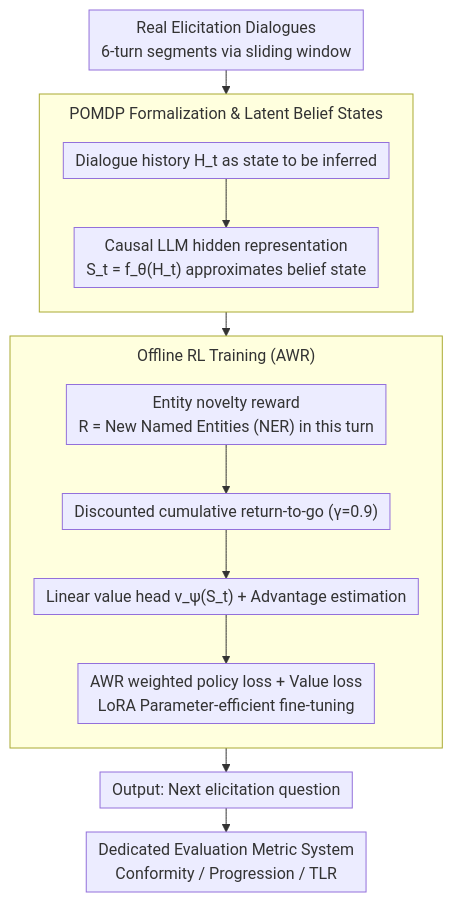
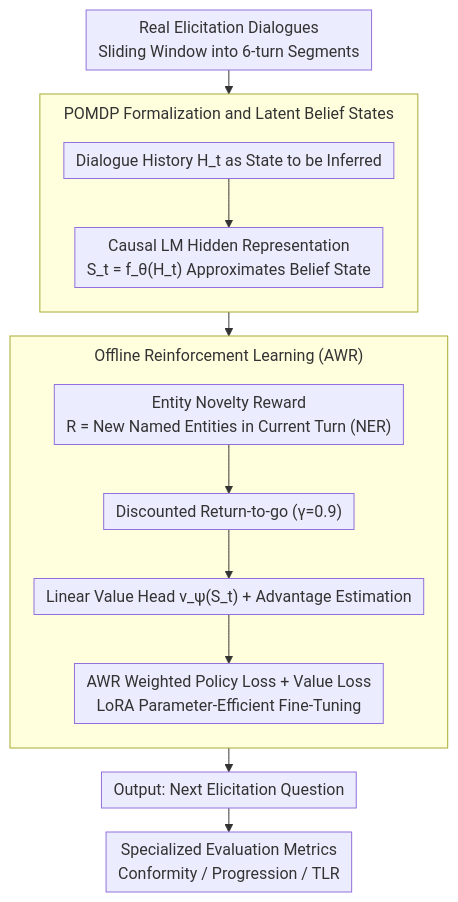
The diagram in docs/ACL2026/llm_agent/yield_a_large-scale_dataset_and_evaluation_framework_for_information_elicitation.md (zhaoyang97/Paper-Notes-en), drawn with Mermaid before and after one commit. The commit also changed other lines of this file and 5084 other files, not shown here.

````diff
--- a/docs/ACL2026/llm_agent/yield_a_large-scale_dataset_and_evaluation_framework_for_information_elicitation.md
+++ b/docs/ACL2026/llm_agent/yield_a_large-scale_dataset_and_evaluation_framework_for_information_elicitation.md
@@ -46,18 +46,18 @@
 ```mermaid
 %%{init: {'flowchart': {'rankSpacing': 24, 'nodeSpacing': 28, 'padding': 6, 'wrappingWidth': 400, 'subGraphTitleMargin': {'top': 8, 'bottom': 16}}}}%%
 flowchart TD
-    IN["Real Elicitation Dialogues<br/>6-turn segments via sliding window"] --> S1
-    subgraph S1["POMDP Formalization & Latent Belief States"]
+    IN["Real Elicitation Dialogues<br/>Sliding Window into 6-turn Segments"] --> S1
+    subgraph S1["POMDP Formalization and Latent Belief States"]
         direction TB
-        A["Dialogue history H_t as state to be inferred"] --> B["Causal LLM hidden representation<br/>S_t = f_θ(H_t) approximates belief state"]
+        A["Dialogue History H_t as State to be Inferred"] --> B["Causal LM Hidden Representation<br/>S_t = f_θ(H_t) Approximates Belief State"]
     end
-    subgraph S2["Offline RL Training (AWR)"]
+    subgraph S2["Offline Reinforcement Learning (AWR)"]
         direction TB
-        C["Entity novelty reward<br/>R = New Named Entities (NER) in this turn"] --> D["Discounted cumulative return-to-go (γ=0.9)"]
-        D --> E["Linear value head v_ψ(S_t) + Advantage estimation"]
-        E --> F["AWR weighted policy loss + Value loss<br/>LoRA Parameter-efficient fine-tuning"]
+        C["Entity Novelty Reward<br/>R = New Named Entities in Current Turn (NER)"] --> D["Discounted Return-to-go (γ=0.9)"]
+        D --> E["Linear Value Head v_ψ(S_t) + Advantage Estimation"]
+        E --> F["AWR Weighted Policy Loss + Value Loss<br/>LoRA Parameter-Efficient Fine-Tuning"]
     end
     S1 --> S2
-    S2 --> OUT["Output: Next elicitation question"]
-    OUT --> EVAL["Dedicated Evaluation Metric System<br/>Conformity / Progression / TLR"]
+    S2 --> OUT["Output: Next Elicitation Question"]
+    OUT --> EVAL["Specialized Evaluation Metrics<br/>Conformity / Progression / TLR"]
 ```
````
